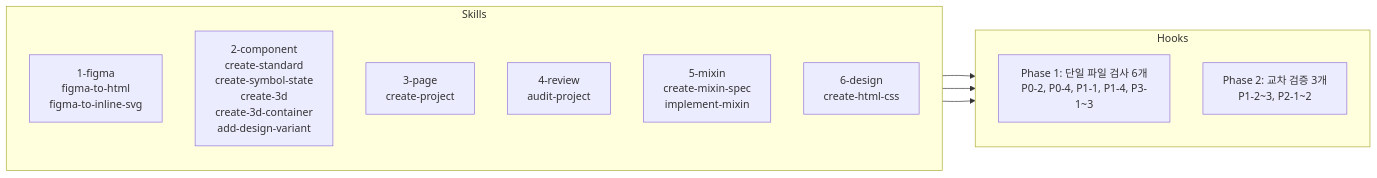
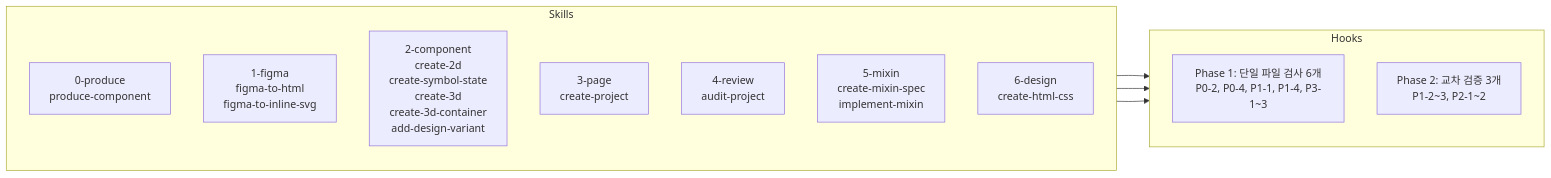
Before and after one commit to dysong-lab/WEB_BUILDER_TOOLKIT: the second of 2 diagrams in CLAUDE.md, drawn with Mermaid. The commit also changed other lines of this file and 13 other files, not shown here.

First line of the commit message:
feat: produce-component 진입점 스킬 도입 + 컴포넌트 생산 프로세스 재구성

````diff
--- a/CLAUDE.md
+++ b/CLAUDE.md
@@ -29,22 +29,23 @@
 ```mermaid
 flowchart LR
     subgraph Skills
         direction TB
+        S0[0-produce<br/>produce-component]
         S1[1-figma<br/>figma-to-html<br/>figma-to-inline-svg]
-        S2[2-component<br/>create-standard<br/>create-symbol-state<br/>create-3d<br/>create-3d-container<br/>add-design-variant]
+        S2[2-component<br/>create-2d<br/>create-symbol-state<br/>create-3d<br/>create-3d-container<br/>add-design-variant]
         S3[3-page<br/>create-project]
         S4[4-review<br/>audit-project]
         S5[5-mixin<br/>create-mixin-spec<br/>implement-mixin]
         S6[6-design<br/>create-html-css]
     end
 
     subgraph Hooks
         direction TB
         H1[Phase 1: 단일 파일 검사 6개<br/>P0-2, P0-4, P1-1, P1-4, P3-1~3]
         H2[Phase 2: 교차 검증 3개<br/>P1-2~3, P2-1~2]
     end
 
     S2 --> H1
     S2 --> H2
     S3 --> H2
 ```
````
